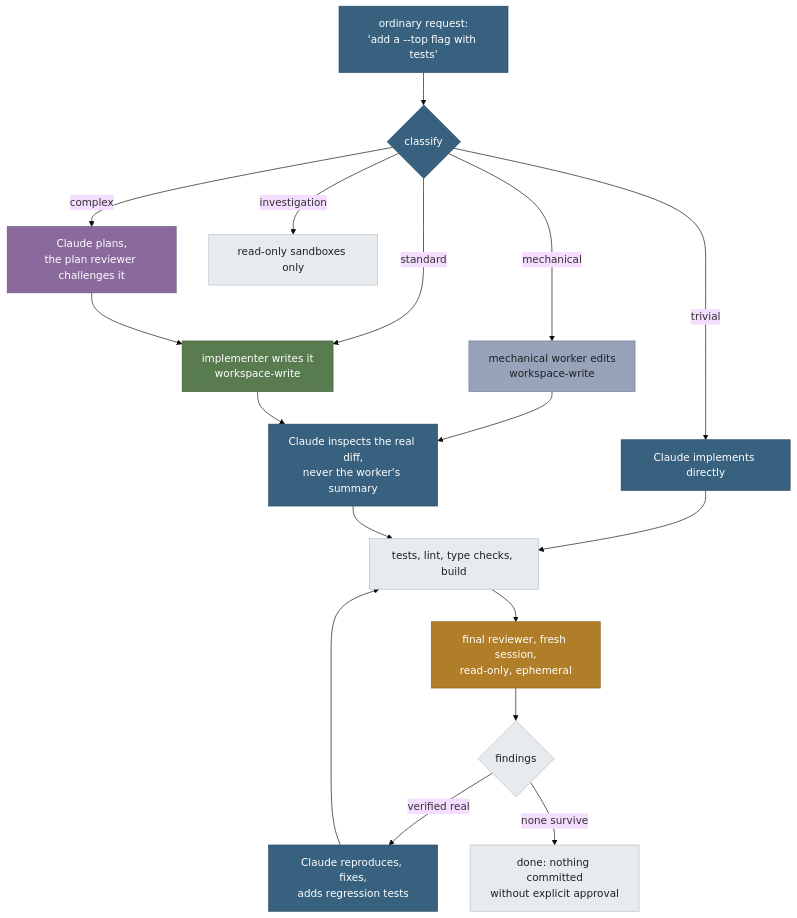
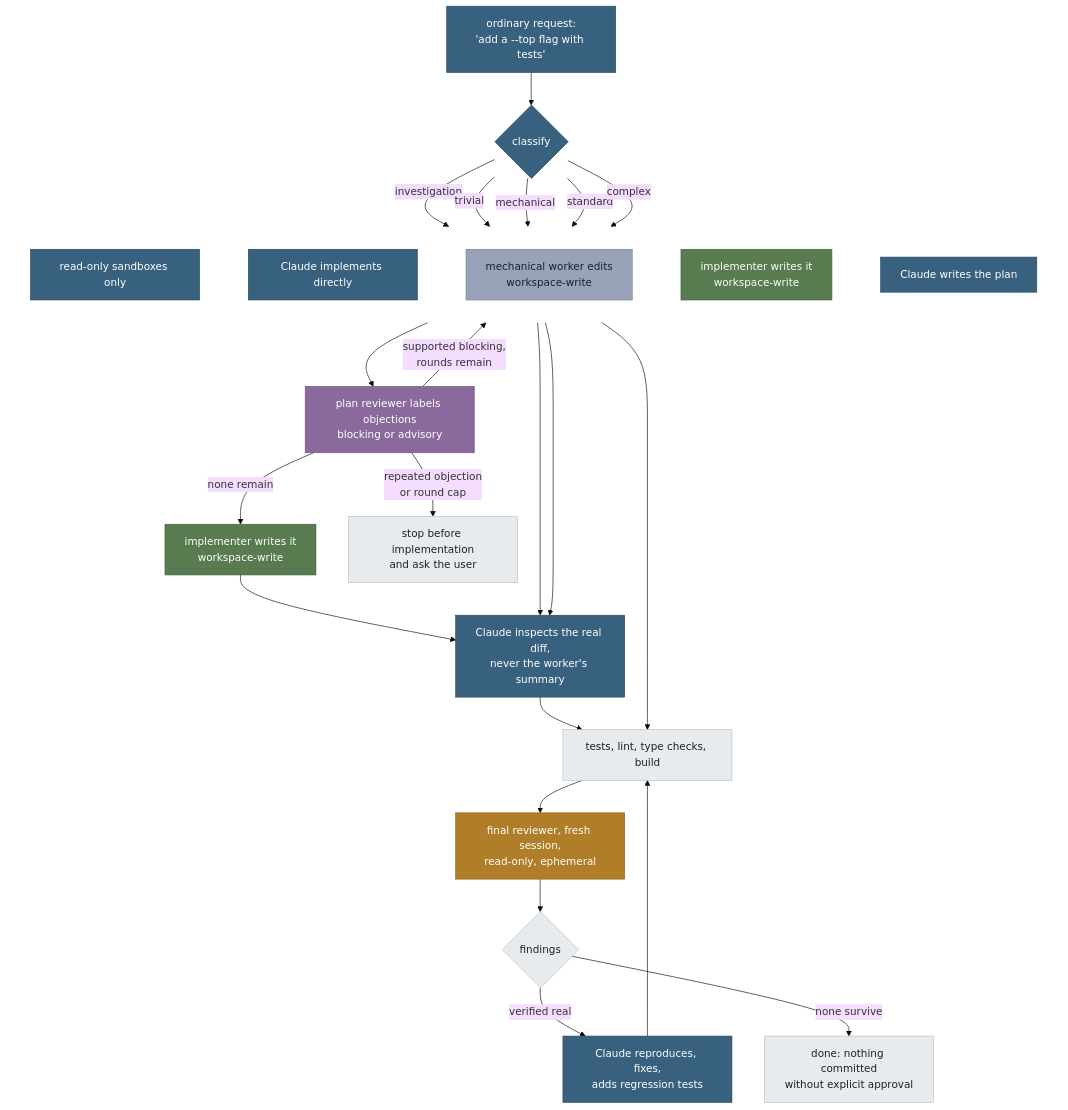
Before and after one commit to nikfilippas/orrery: the first of 2 diagrams in README.md, drawn with Mermaid (base theme). The commit also changed other lines of this file and 1 other file, not shown here.

````diff
--- a/README.md
+++ b/README.md
@@ -29,30 +29,44 @@
 ```mermaid
-flowchart TD
+flowchart TB
     U["ordinary request:<br/>'add a --top flag with tests'"] --> C{classify}
+    subgraph ROUTES[" "]
+      direction LR
+      R[read-only sandboxes only] ~~~ K[Claude implements directly]
+      K ~~~ L[mechanical worker edits<br/>workspace-write]
+      L ~~~ T[implementer writes it<br/>workspace-write]
+      T ~~~ P[Claude writes the plan]
+    end
+    style ROUTES fill:none,stroke:none
+
+    C -->|investigation| R
     C -->|trivial| K[Claude implements directly]
     C -->|mechanical| L[mechanical worker edits<br/>workspace-write]
     C -->|standard| T[implementer writes it<br/>workspace-write]
-    C -->|complex| P[Claude plans,<br/>the plan reviewer challenges it] --> T
-    C -->|investigation| R[read-only sandboxes only]
+    C -->|complex| P[Claude writes the plan]
+    P --> Q[plan reviewer labels objections<br/>blocking or advisory]
+    Q -->|supported blocking,<br/>rounds remain| P
+    Q -->|none remain| J[implementer writes it<br/>workspace-write]
+    Q -->|repeated objection<br/>or round cap| E[stop before implementation<br/>and ask the user]
     L --> I[Claude inspects the real diff,<br/>never the worker's summary]
     T --> I
+    J --> I
     K --> V
     I --> V[tests, lint, type checks, build]
     V --> S[final reviewer, fresh session,<br/>read-only, ephemeral]
     S --> F{findings}
     F -->|verified real| X[Claude reproduces, fixes,<br/>adds regression tests] --> V
     F -->|none survive| D[done: nothing committed<br/>without explicit approval]
 
     classDef claude fill:#38617f,stroke:#2a4a62,color:#ffffff
     classDef mechanic fill:#98a2b8,stroke:#737d94,color:#1b2226
     classDef implementer fill:#587b50,stroke:#44603e,color:#ffffff
     classDef planreviewer fill:#8a6a9c,stroke:#6d5279,color:#ffffff
     classDef reviewer fill:#b07e28,stroke:#8c641f,color:#ffffff
     classDef quiet fill:#e8ebee,stroke:#b8c0c7,color:#1b2226
-    class U,C,K,I,X claude
+    class U,C,R,K,I,X,P claude
     class L mechanic
-    class T implementer
-    class P planreviewer
+    class T,J implementer
+    class Q planreviewer
     class S reviewer
-    class R,V,F,D quiet
+    class V,F,D,E quiet
 ```
````
